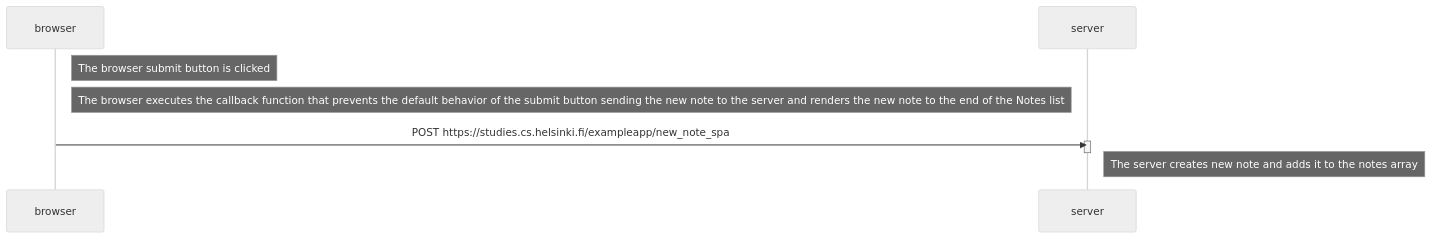
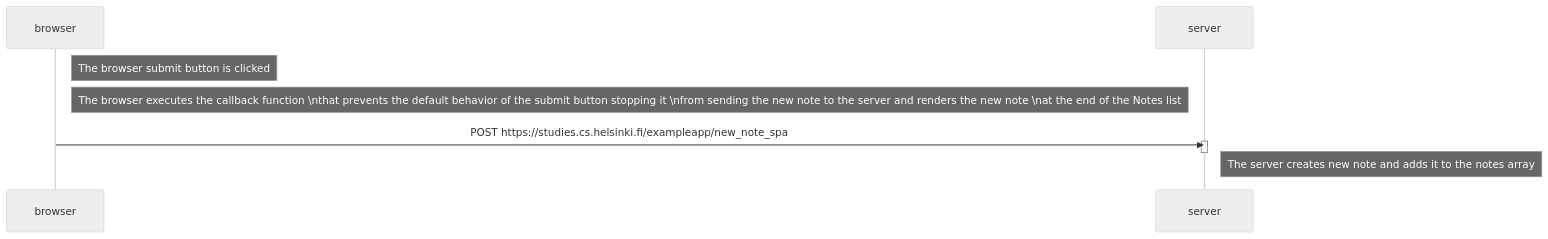
The diagram in part0/0.6 single page app new note diagram.md (PillB/HelsinkiU_Fullstack), drawn with Mermaid (neutral theme) before and after one commit.

Commit message:
Updated 0.6 to prettify the notes

````diff
--- a/part0/0.6 single page app new note diagram.md
+++ b/part0/0.6 single page app new note diagram.md
@@ -3,15 +3,16 @@
 ```mermaid
 sequenceDiagram
     participant browser
     participant server
 
     Note right of browser: The browser submit button is clicked
 
-    Note right of browser: The browser executes the callback function that prevents the default behavior of the submit button sending the new note to the server and renders the new note to the end of the Notes list
+    Note right of browser: The browser executes the callback function \nthat prevents the default behavior of the submit button stopping it \nfrom sending the new note to the server and renders the new note \nat the end of the Notes list
 
+    
     browser->>server: POST https://studies.cs.helsinki.fi/exampleapp/new_note_spa
     activate server
     deactivate server
 
     Note right of server: The server creates new note and adds it to the notes array
 ```
````
